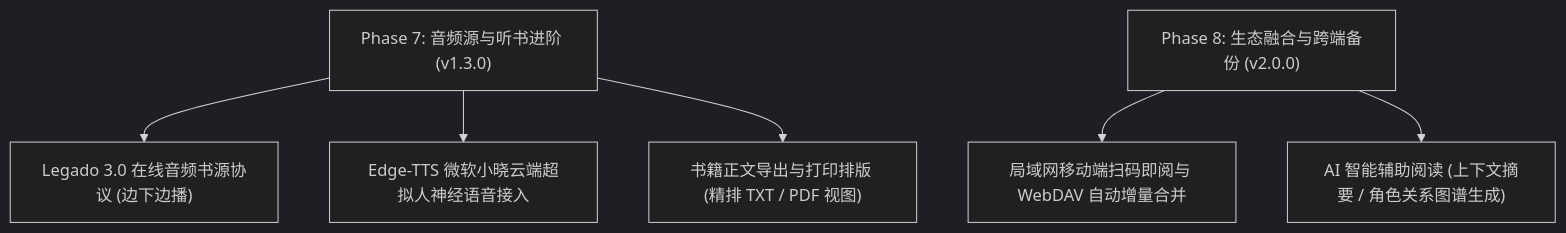
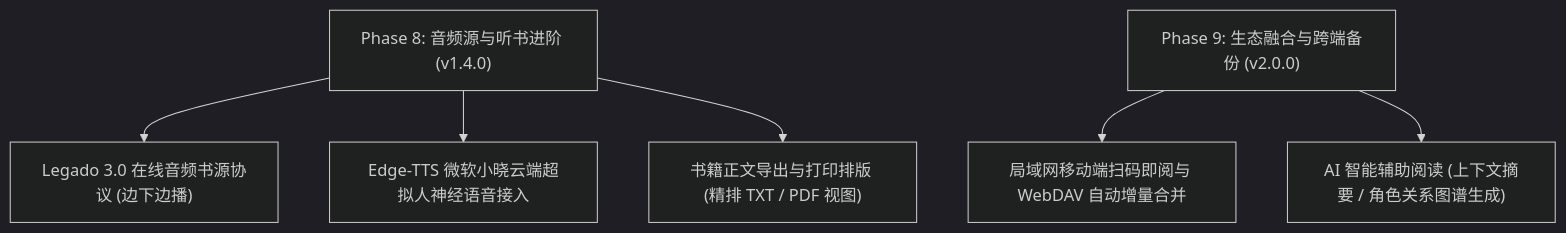
One commit to TttXxx36/legado-windows changed the diagram in docs/planning/ROADMAP.md. Above: the diagram before and after it, drawn with Mermaid (dark theme). The commit also changed other lines of this file and 5 other files, not shown here.

Commit message:
docs(v1.3.0): synchronize roadmap, test guide, audit report, breakthroughs, and readme to v1.3.0

````diff
--- a/docs/planning/ROADMAP.md
+++ b/docs/planning/ROADMAP.md
@@ -67,9 +90,9 @@
 ```mermaid
 flowchart TD
-    Phase7["Phase 7: 音频源与听书进阶 (v1.3.0)"] --> P7_1["Legado 3.0 在线音频书源协议 (边下边播)"]
-    Phase7 --> P7_2["Edge-TTS 微软小晓云端超拟人神经语音接入"]
-    Phase7 --> P7_3["书籍正文导出与打印排版 (精排 TXT / PDF 视图)"]
+    Phase8["Phase 8: 音频源与听书进阶 (v1.4.0)"] --> P8_1["Legado 3.0 在线音频书源协议 (边下边播)"]
+    Phase8 --> P8_2["Edge-TTS 微软小晓云端超拟人神经语音接入"]
+    Phase8 --> P8_3["书籍正文导出与打印排版 (精排 TXT / PDF 视图)"]
     
-    Phase8["Phase 8: 生态融合与跨端备份 (v2.0.0)"] --> P8_1["局域网移动端扫码即阅与 WebDAV 自动增量合并"]
-    Phase8 --> P8_2["AI 智能辅助阅读 (上下文摘要 / 角色关系图谱生成)"]
+    Phase9["Phase 9: 生态融合与跨端备份 (v2.0.0)"] --> P9_1["局域网移动端扫码即阅与 WebDAV 自动增量合并"]
+    Phase9 --> P9_2["AI 智能辅助阅读 (上下文摘要 / 角色关系图谱生成)"]
 ```
````
